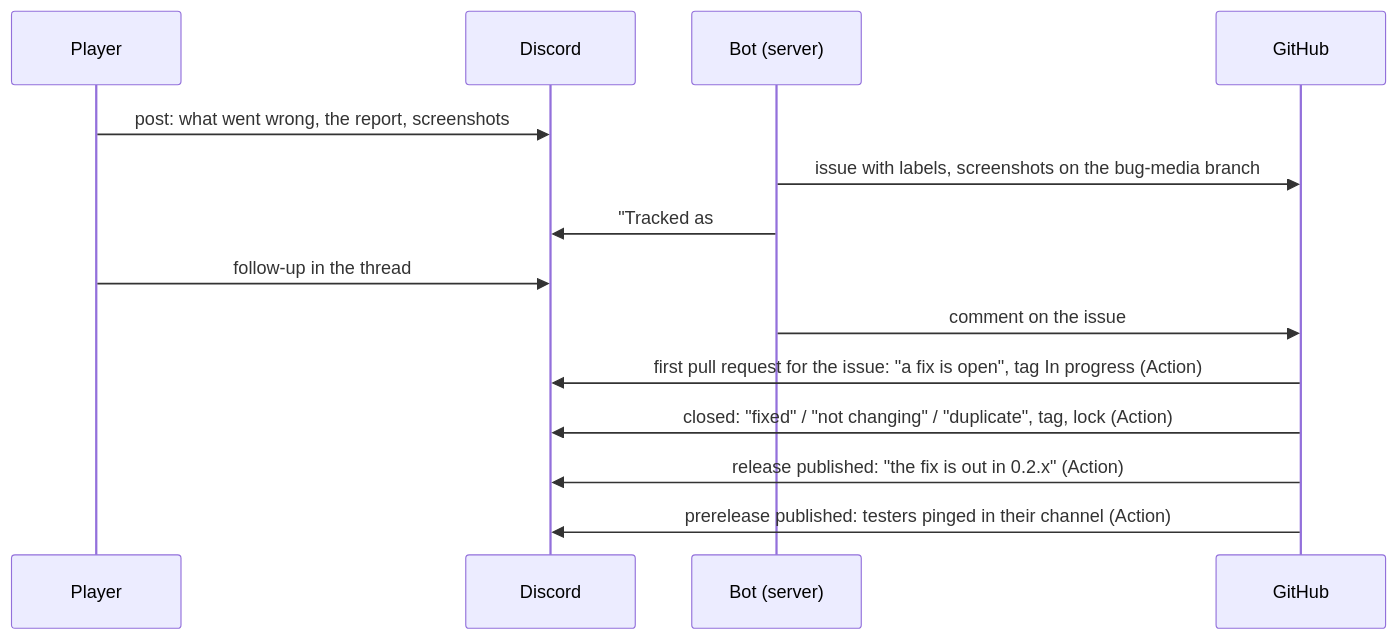
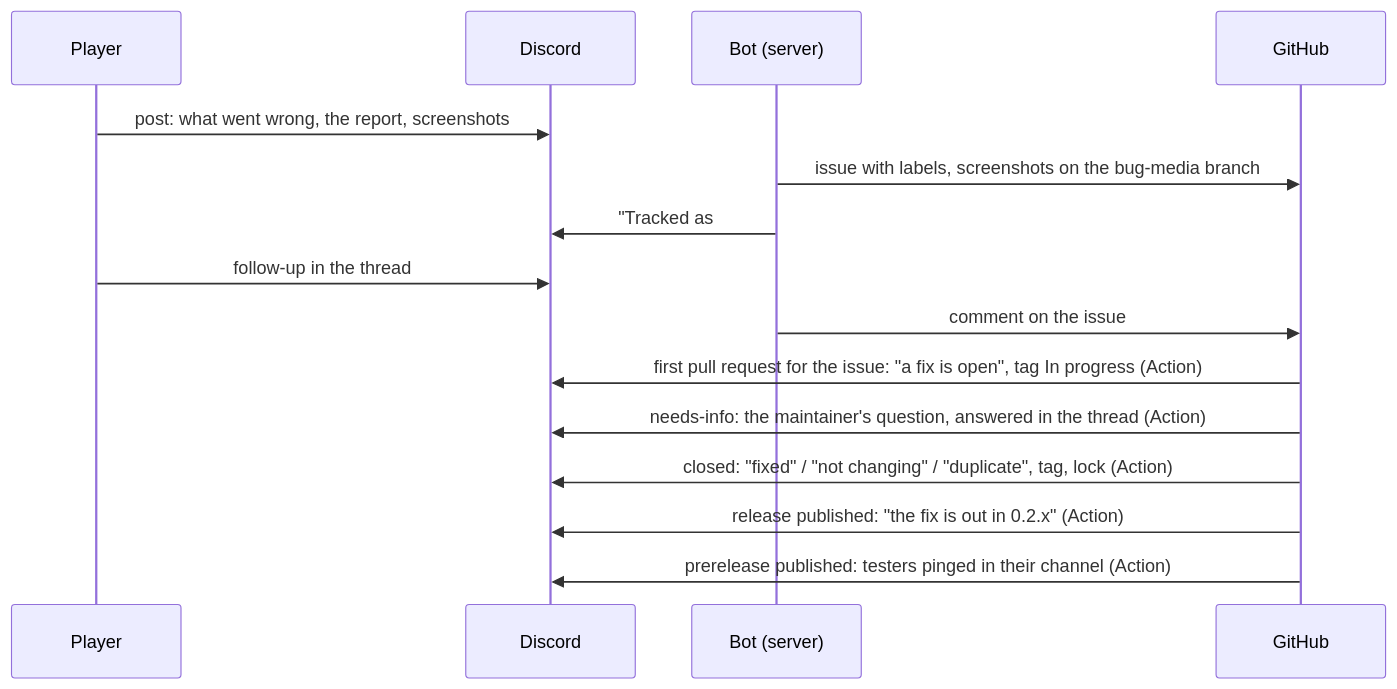
One commit to CDVolvik/polestar changed the diagram in tools/discord-bot/README.md. Above: the diagram before and after it, drawn with Mermaid. The commit also changed other lines of this file and 5 other files, not shown here.

First line of the commit message:
Discord: a needs-info question reaches the reporter in their thread

````diff
--- a/tools/discord-bot/README.md
+++ b/tools/discord-bot/README.md
@@ -7,16 +7,17 @@
 ```mermaid
 sequenceDiagram
   participant P as Player
   participant D as Discord #bugs
   participant B as Bot (server)
   participant G as GitHub
   P->>D: post: what went wrong, the report, screenshots
   B->>G: issue with labels, screenshots on the bug-media branch
   B->>D: "Tracked as #N", tag Tracked
   P->>D: follow-up in the thread
   B->>G: comment on the issue
   G->>D: first pull request for the issue: "a fix is open", tag In progress (Action)
+  G->>D: needs-info: the maintainer's question, answered in the thread (Action)
   G->>D: closed: "fixed" / "not changing" / "duplicate", tag, lock (Action)
   G->>D: release published: "the fix is out in 0.2.x" (Action)
   G->>D: prerelease published: testers pinged in their channel (Action)
 ```
````
